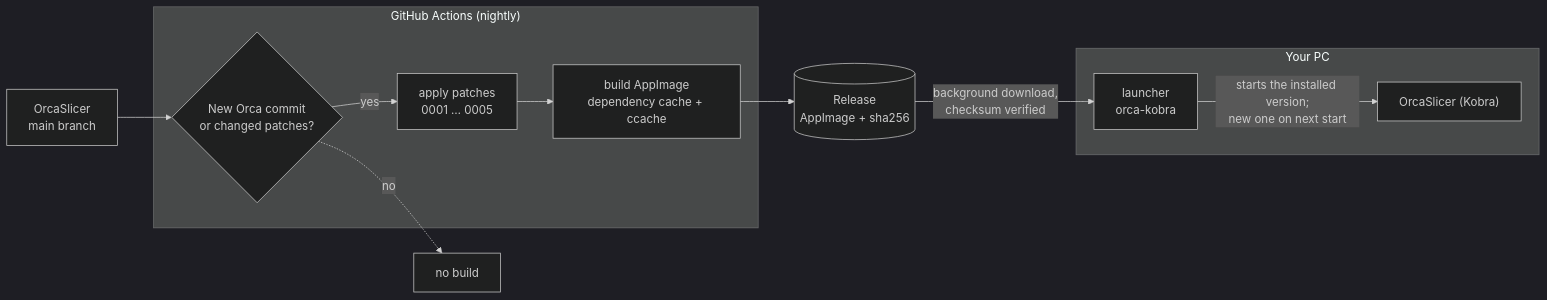
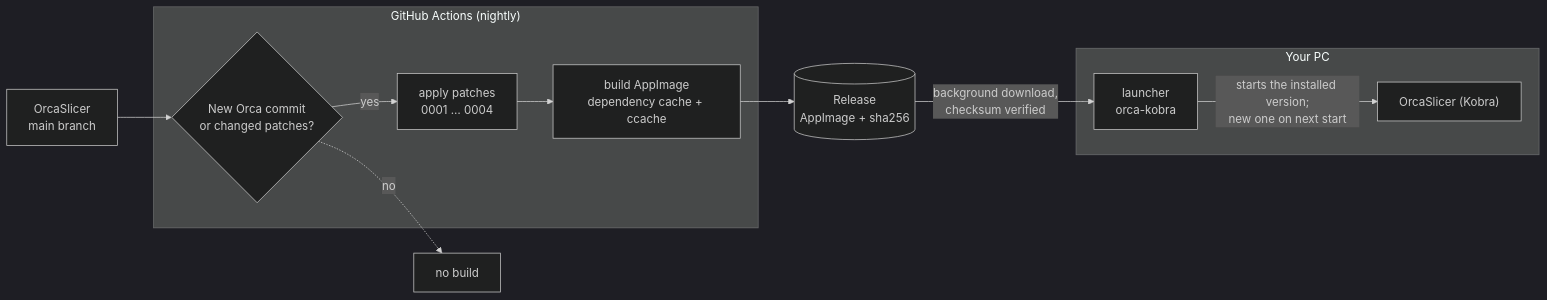
Before and after one commit to xNoVoSx/orca-kobra: the diagram in README.md, drawn with Mermaid (dark theme). The commit also changed other lines of this file and 7 other files, not shown here.

````diff
--- a/README.md
+++ b/README.md
@@ -37,20 +37,20 @@
 ```mermaid
 flowchart LR
     UP[OrcaSlicer<br/>main branch]
     subgraph GH["GitHub Actions (nightly)"]
         CK{New Orca commit<br/>or changed patches?}
-        AP[apply patches<br/>0001 … 0005]
+        AP[apply patches<br/>0001 … 0004]
         BU[build AppImage<br/>dependency cache + ccache]
     end
     RE[(Release<br/>AppImage + sha256)]
     subgraph PC["Your PC"]
         LA[launcher<br/>orca-kobra]
         OR["OrcaSlicer (Kobra)"]
     end
 
     UP --> CK
     CK -- yes --> AP --> BU --> RE
     CK -. no .-> SK[no build]
     RE -- "background download,<br/>checksum verified" --> LA
     LA -- "starts the installed version;<br/>new one on next start" --> OR
 ```
````
